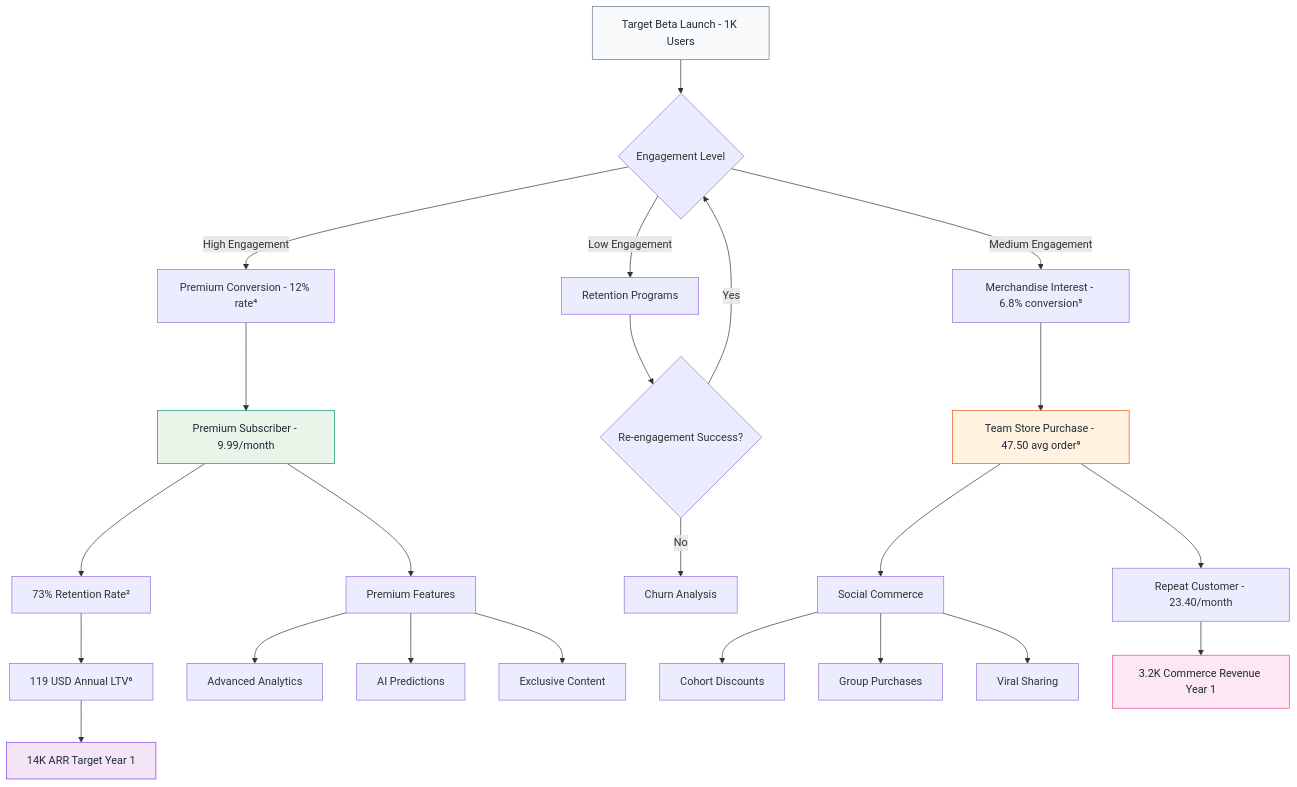
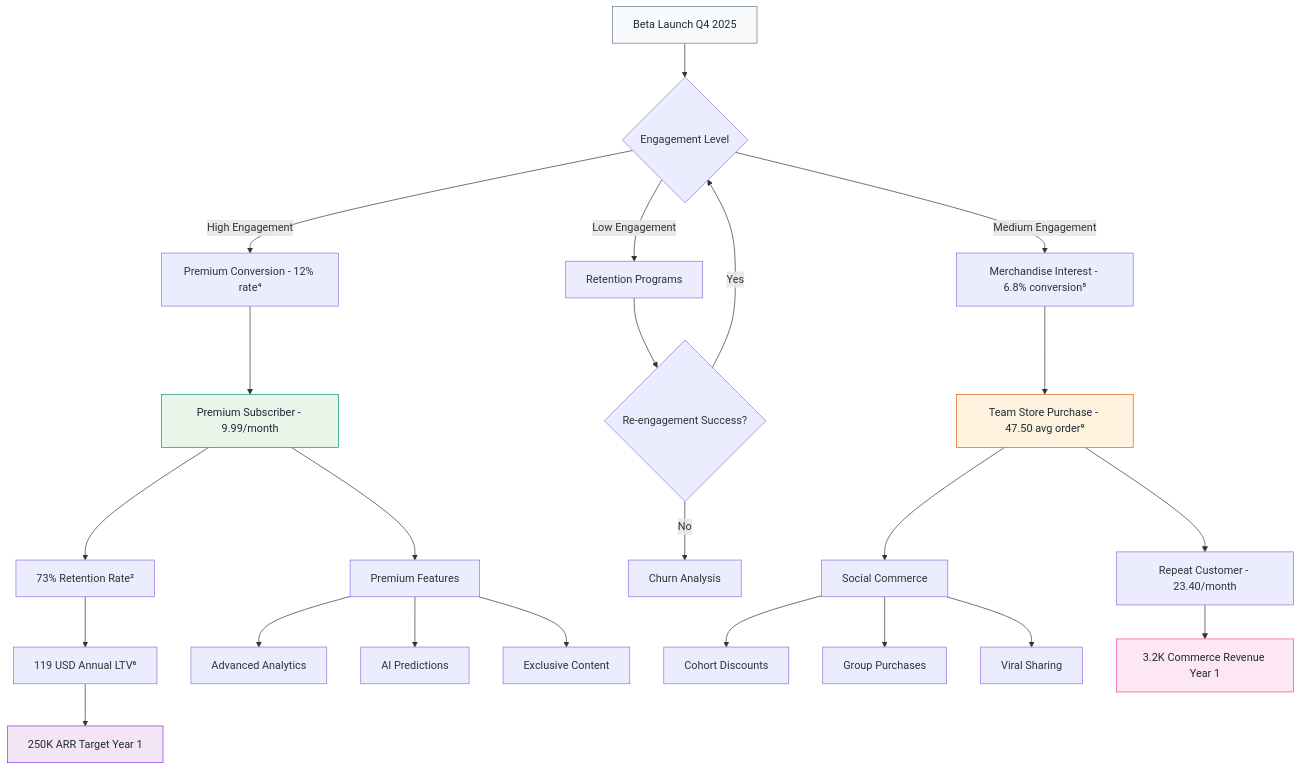
Before and after one commit to SkaFld-Ignite/ref-u-wireframes: the second of 7 diagrams in docs/investor-flows.md, drawn with Mermaid. The commit also changed other lines of this file and 1 other file, not shown here.

First line of the commit message:
Update financial projections and timeline

````diff
--- a/docs/investor-flows.md
+++ b/docs/investor-flows.md
@@ -55,38 +55,38 @@
 ```mermaid
 graph TD
-    A[Target Beta Launch - 1K Users] --> B{Engagement Level}
+    A[Beta Launch Q4 2025] --> B{Engagement Level}
     
     B -->|High Engagement| C[Premium Conversion - 12% rate⁴]
     B -->|Medium Engagement| D[Merchandise Interest - 6.8% conversion⁵]
     B -->|Low Engagement| E[Retention Programs]
     
     C --> F[Premium Subscriber - 9.99/month]
     F --> G[73% Retention Rate²]
     G --> H[119 USD Annual LTV⁶]
     
     D --> I[Team Store Purchase - 47.50 avg order⁹]
     I --> J[Repeat Customer - 23.40/month]
     
     E --> K{Re-engagement Success?}
     K -->|Yes| B
     K -->|No| L[Churn Analysis]
     
     F --> M[Premium Features]
     M --> N[Advanced Analytics]
     M --> O[AI Predictions]
     M --> P[Exclusive Content]
     
     I --> Q[Social Commerce]
     Q --> R[Cohort Discounts]
     Q --> S[Group Purchases]
     Q --> T[Viral Sharing]
     
-    H --> U[14K ARR Target Year 1]
+    H --> U[250K ARR Target Year 1]
     J --> V[3.2K Commerce Revenue Year 1]
     
     style A fill:#f8fafc,stroke:#64748b,color:#1f2937
     style F fill:#e8f5e8,stroke:#059669,color:#1f2937
     style I fill:#fff3e0,stroke:#ea580c,color:#1f2937
     style U fill:#f3e5f5,stroke:#7c3aed,color:#1f2937
     style V fill:#fce7f3,stroke:#ec4899,color:#1f2937
 ```
````
